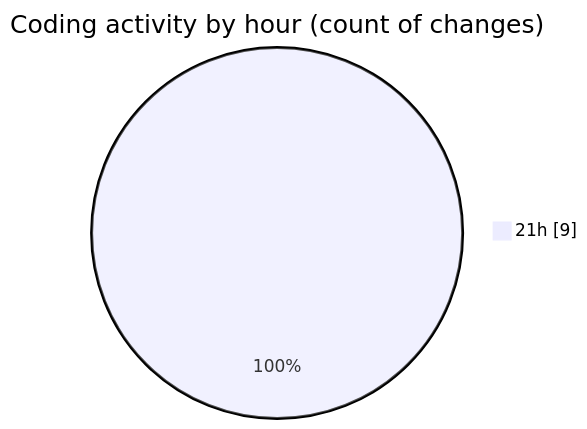
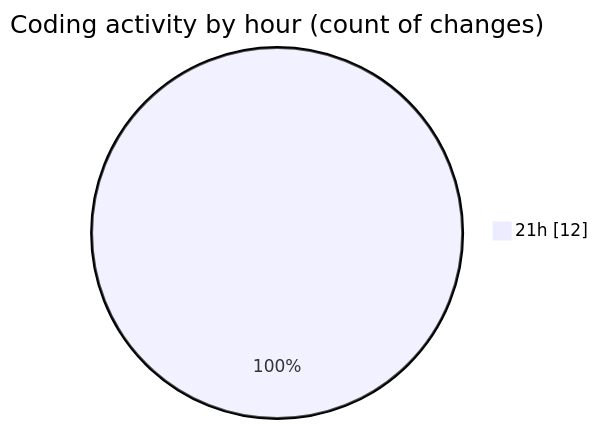
One commit to EIIisD/code-tracking changed the second of 2 diagrams in 2025-08-03/opencode/README.md. Above: the diagram before and after it, drawn with Mermaid. The commit also changed other lines of this file and 1 other file, not shown here.

````diff
--- a/2025-08-03/opencode/README.md
+++ b/2025-08-03/opencode/README.md
@@ -30,5 +31,5 @@
 ```mermaid
 pie showData
 title Coding activity by hour (count of changes)
-"21h" : 9
+"21h" : 12
 ```
````
